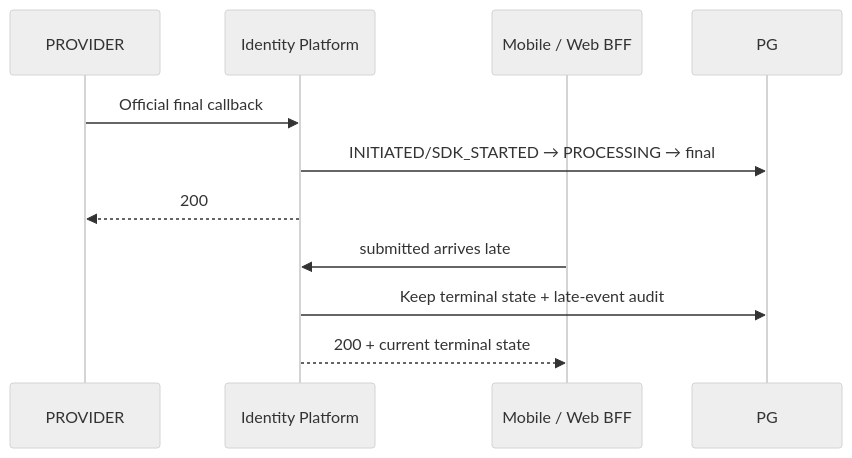
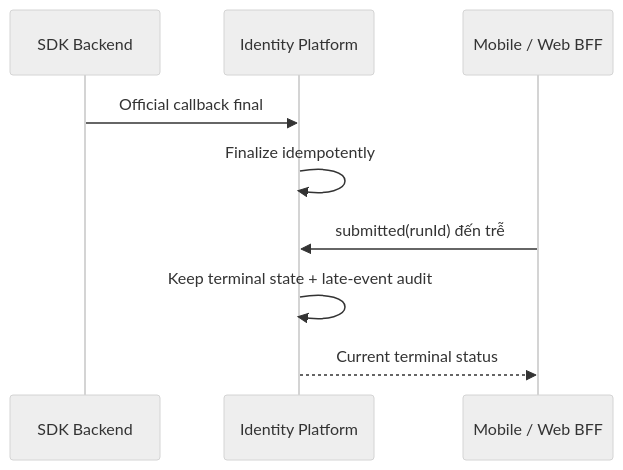
Before and after one commit to huynv-xyz/vhm: diagram 19 of 24 in tdd2.md, drawn with Mermaid (neutral theme). The commit also changed other lines of this file, not shown here.

````diff
--- a/tdd2.md
+++ b/tdd2.md
@@ -1654,13 +1624,11 @@
 ```mermaid
 sequenceDiagram
-    participant PROVIDER
+    participant BACKEND as SDK Backend
     participant IV as Identity Platform
     participant CLIENT as Mobile / Web BFF
-    participant PG
-    PROVIDER->>IV: Official final callback
-    IV->>PG: INITIATED/SDK_STARTED → PROCESSING → final
-    IV-->>PROVIDER: 200
-    CLIENT->>IV: submitted arrives late
-    IV->>PG: Keep terminal state + late-event audit
-    IV-->>CLIENT: 200 + current terminal state
+    BACKEND->>IV: Official callback final
+    IV->>IV: Finalize idempotently
+    CLIENT->>IV: submitted(runId) đến trễ
+    IV->>IV: Keep terminal state + late-event audit
+    IV-->>CLIENT: Current terminal status
 ```
````
